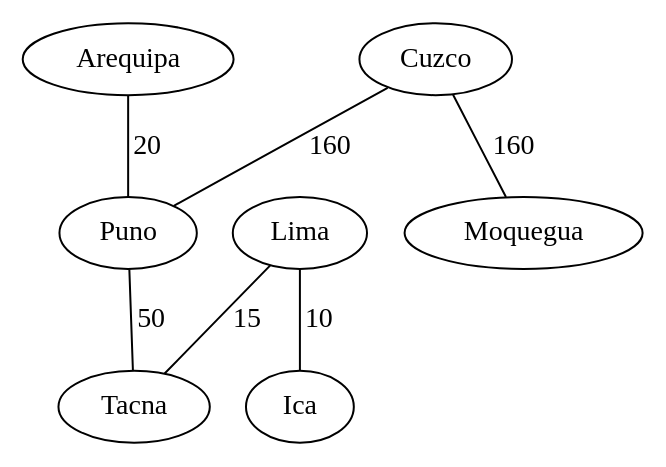
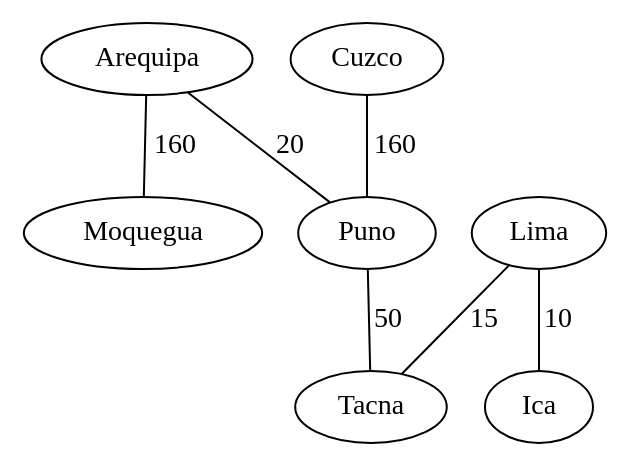
One commit to Rushell-max/Eleven changed the diagram in Grafos/grafo no dirigido/Prim.dot. Above: the diagram before and after it, drawn with Graphviz. The commit also changed 7 other files, not shown here.

```diff
--- a/Grafos/grafo no dirigido/Prim.dot
+++ b/Grafos/grafo no dirigido/Prim.dot
@@ -1,15 +1,15 @@
 graph G{
 Arequipa;
 Arequipa -- Puno[label=20];
+Arequipa -- Moquegua[label=160];
 Lima;
 Lima -- Tacna[label=15];
 Lima -- Ica[label=10];
 Cuzco;
 Cuzco -- Puno[label=160];
-Cuzco -- Moquegua[label=160];
 Puno;
 Puno -- Tacna[label=50];
 Ica;
 Tacna;
 Moquegua;
 }
```
